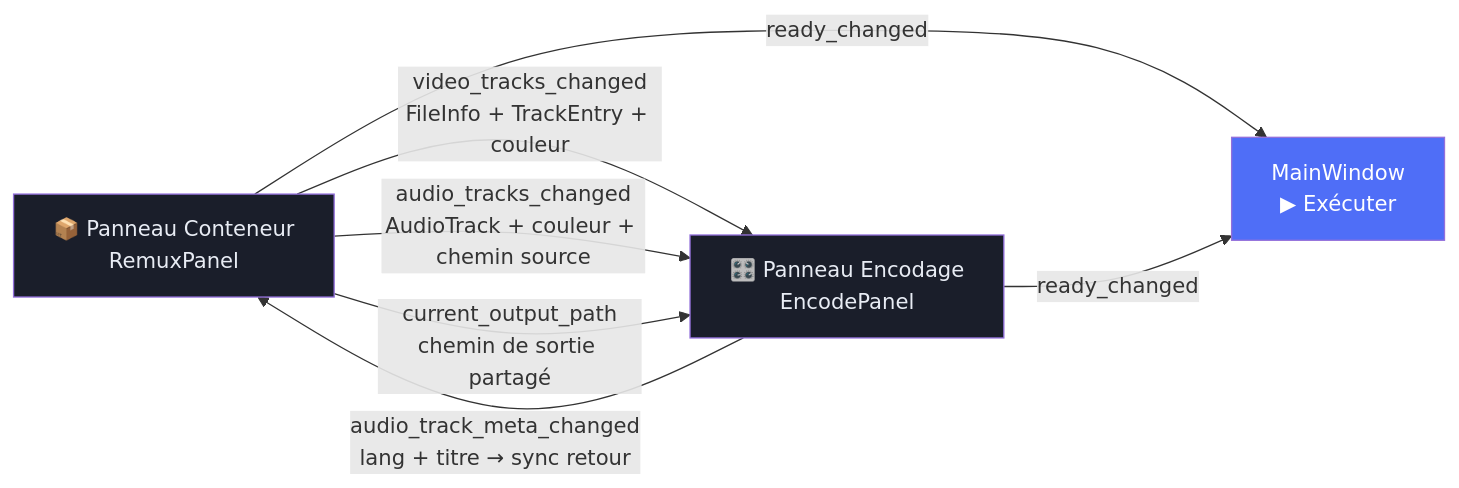
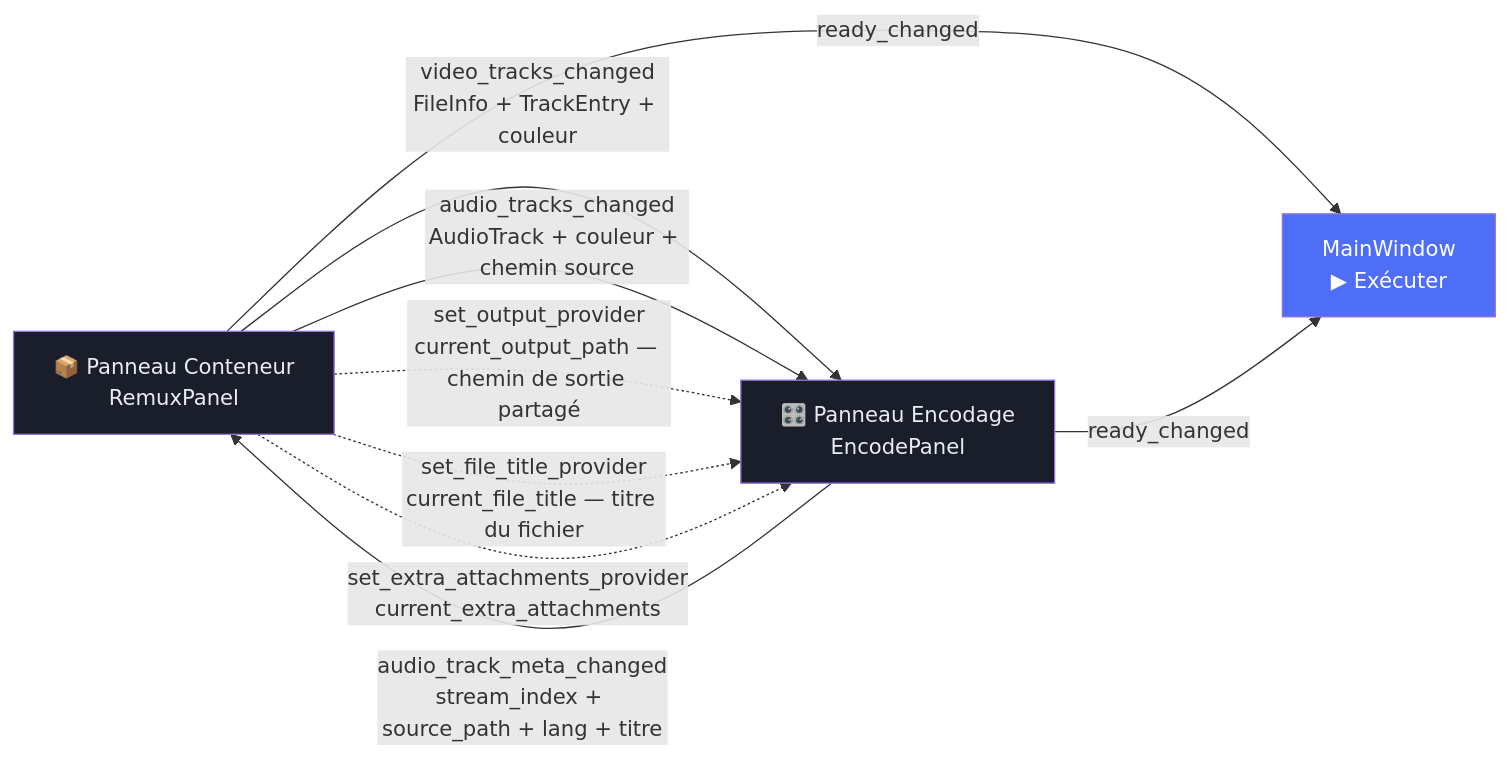
The third of 5 diagrams in README.md (Hydro74000/muxiveo), drawn with Mermaid before and after one commit. The commit also changed other lines of this file and 7 other files, not shown here.

````diff
--- a/README.md
+++ b/README.md
@@ -591,18 +636,20 @@
 ```mermaid
 flowchart LR
     R[📦 Panneau Conteneur\nRemuxPanel]
     E[🎛️ Panneau Encodage\nEncodePanel]
     MW[MainWindow\n▶ Exécuter]
 
     R -->|video_tracks_changed\nFileInfo + TrackEntry + couleur| E
     R -->|audio_tracks_changed\nAudioTrack + couleur + chemin source| E
-    R -->|current_output_path\nchemin de sortie partagé| E
+    R -.->|set_output_provider\ncurrent_output_path — chemin de sortie partagé| E
+    R -.->|set_file_title_provider\ncurrent_file_title — titre du fichier| E
+    R -.->|set_extra_attachments_provider\ncurrent_extra_attachments| E
     R -->|ready_changed| MW
 
-    E -->|audio_track_meta_changed\nlang + titre → sync retour| R
+    E -->|audio_track_meta_changed\nstream_index + source_path + lang + titre| R
     E -->|ready_changed| MW
 
     style R fill:#1a1e2a,color:#e8ecf4
     style E fill:#1a1e2a,color:#e8ecf4
     style MW fill:#4f6ef7,color:#ffffff
 ```
````
